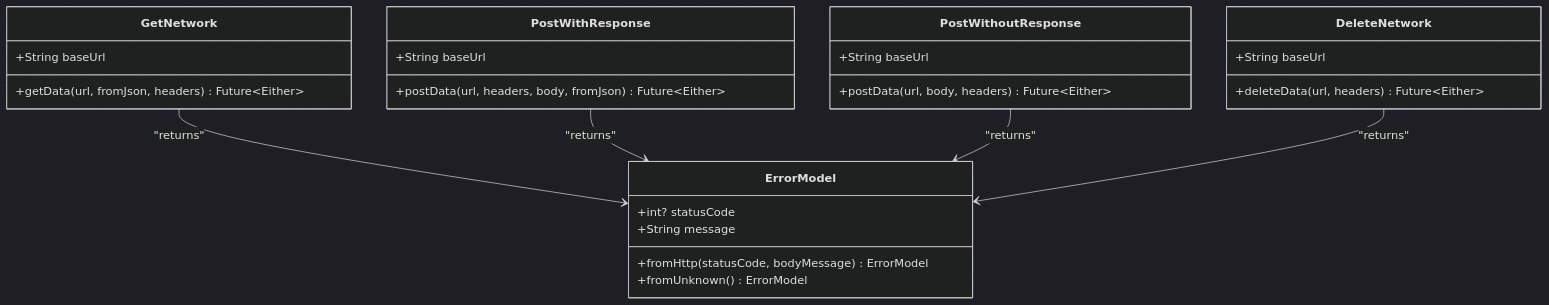
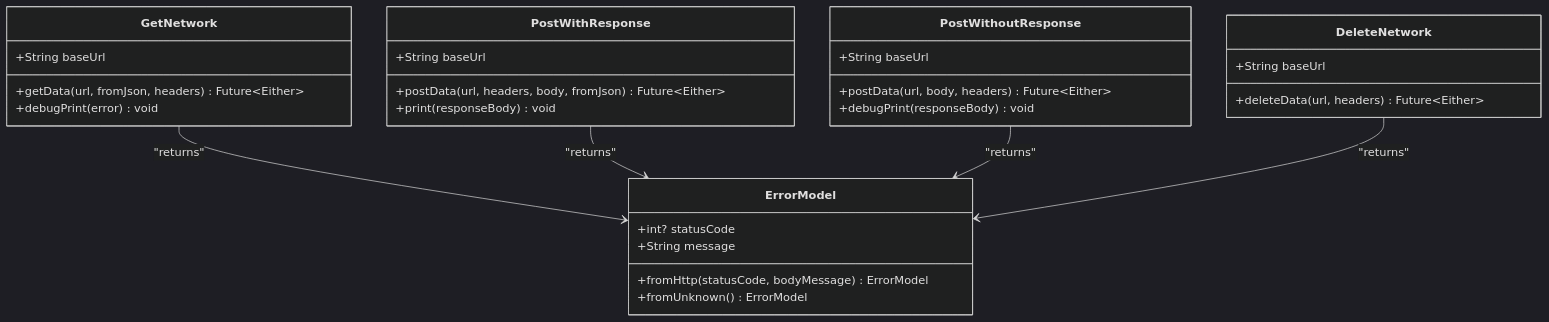
One commit to Ariful3111/FurniGo changed the third of 10 diagrams in .qoder/repowiki/en/content/Architecture Overview/Data Layer Architecture.md. Above: the diagram before and after it, drawn with Mermaid (dark theme). The commit also changed other lines of this file and 8 other files, not shown here.

````diff
--- a/.qoder/repowiki/en/content/Architecture Overview/Data Layer Architecture.md
+++ b/.qoder/repowiki/en/content/Architecture Overview/Data Layer Architecture.md
@@ -217,29 +245,32 @@
 ```mermaid
 classDiagram
 class GetNetwork {
 +String baseUrl
 +getData<T>(url, fromJson, headers) Future~Either<ErrorModel, T>~
++debugPrint(error) void
 }
 class PostWithResponse {
 +String baseUrl
 +postData<T>(url, headers, body, fromJson) Future~Either<ErrorModel, T>~
++print(responseBody) void
 }
 class PostWithoutResponse {
 +String baseUrl
 +postData(url, body, headers) Future~Either<ErrorModel, bool>~
++debugPrint(responseBody) void
 }
 class DeleteNetwork {
 +String baseUrl
 +deleteData(url, headers) Future~Either<ErrorModel, bool>~
 }
 class ErrorModel {
 +int? statusCode
 +String message
 +fromHttp(statusCode, bodyMessage) ErrorModel
 +fromUnknown() ErrorModel
 }
 GetNetwork --> ErrorModel : "returns"
 PostWithResponse --> ErrorModel : "returns"
 PostWithoutResponse --> ErrorModel : "returns"
 DeleteNetwork --> ErrorModel : "returns"
 ```
````
